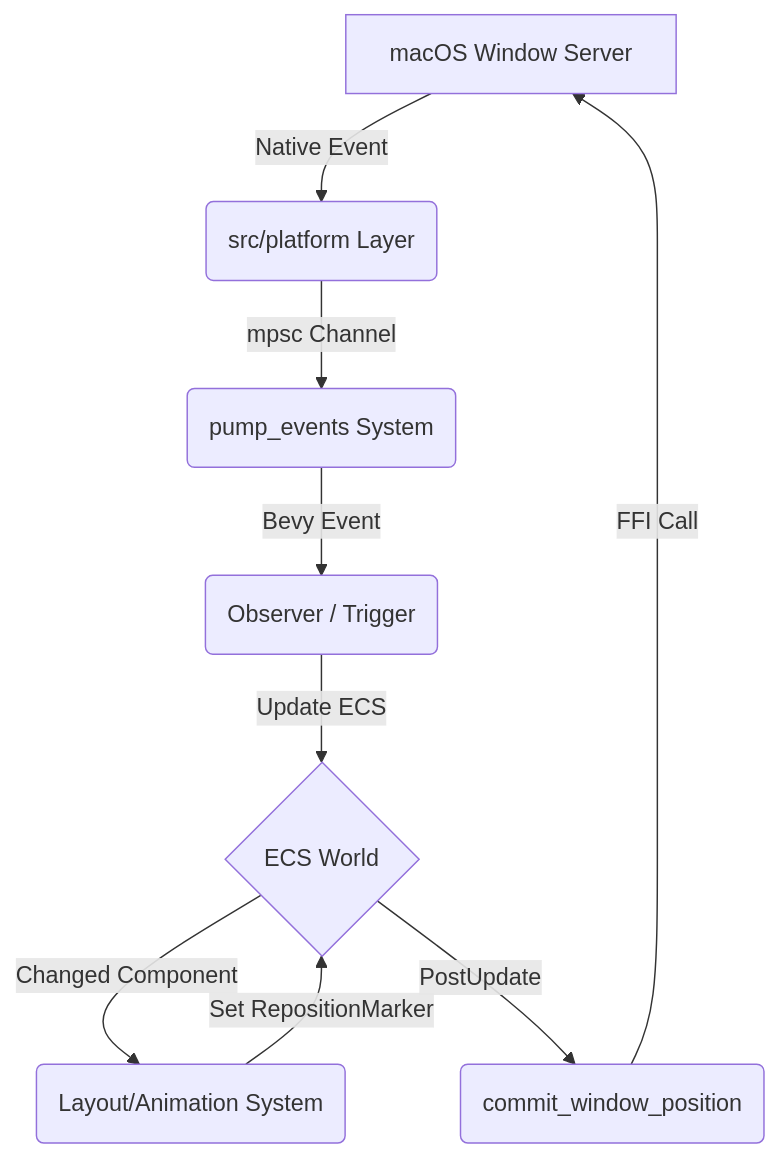
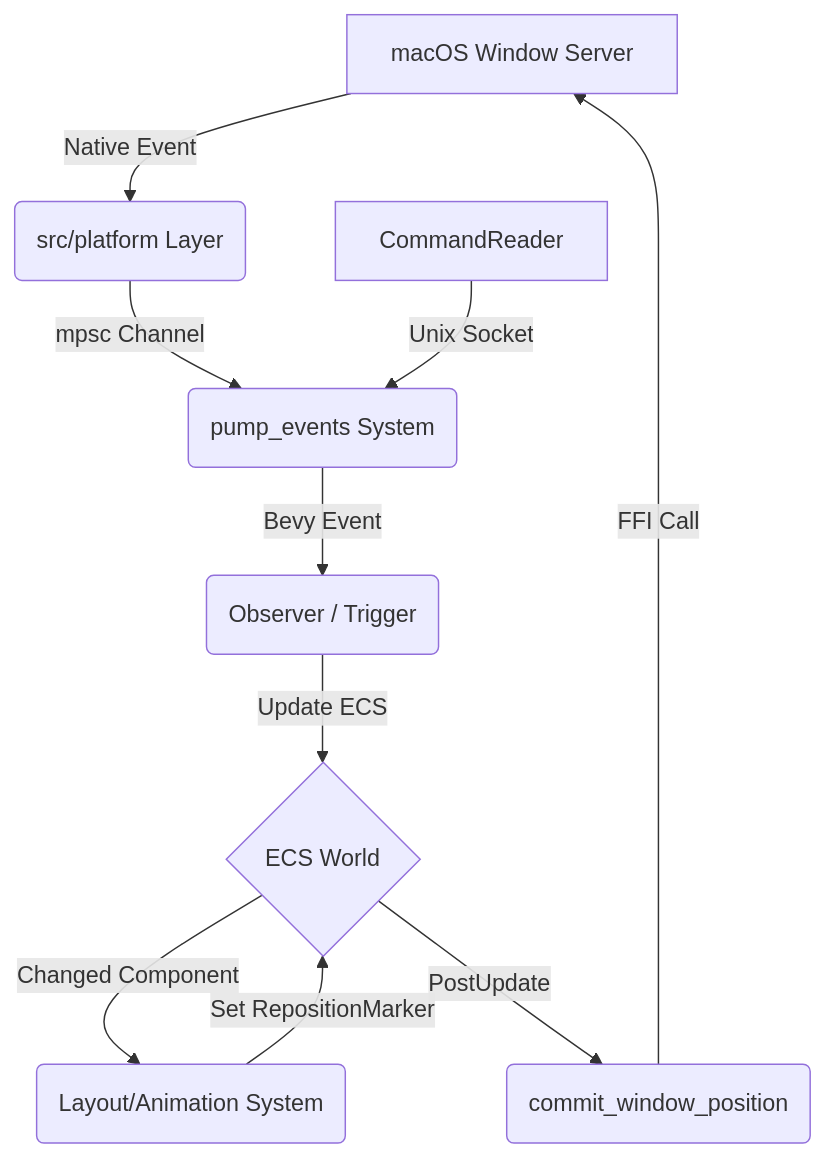
The diagram in ARCHITECTURE.md (karinushka/paneru), drawn with Mermaid before and after one commit. The commit also changed other lines of this file and 3 other files, not shown here.

````diff
--- a/ARCHITECTURE.md
+++ b/ARCHITECTURE.md
@@ -71,11 +80,12 @@
 ```mermaid
 graph TD
     A[macOS Window Server] -->|Native Event| B(src/platform Layer)
     B -->|mpsc Channel| C(pump_events System)
     C -->|Bevy Event| D(Observer / Trigger)
     D -->|Update ECS| E{ECS World}
     E -->|Changed Component| F(Layout/Animation System)
     F -->|Set RepositionMarker| E
     E -->|PostUpdate| G(commit_window_position)
     G -->|FFI Call| A
+    H[CommandReader] -->|Unix Socket| C
 ```
````
